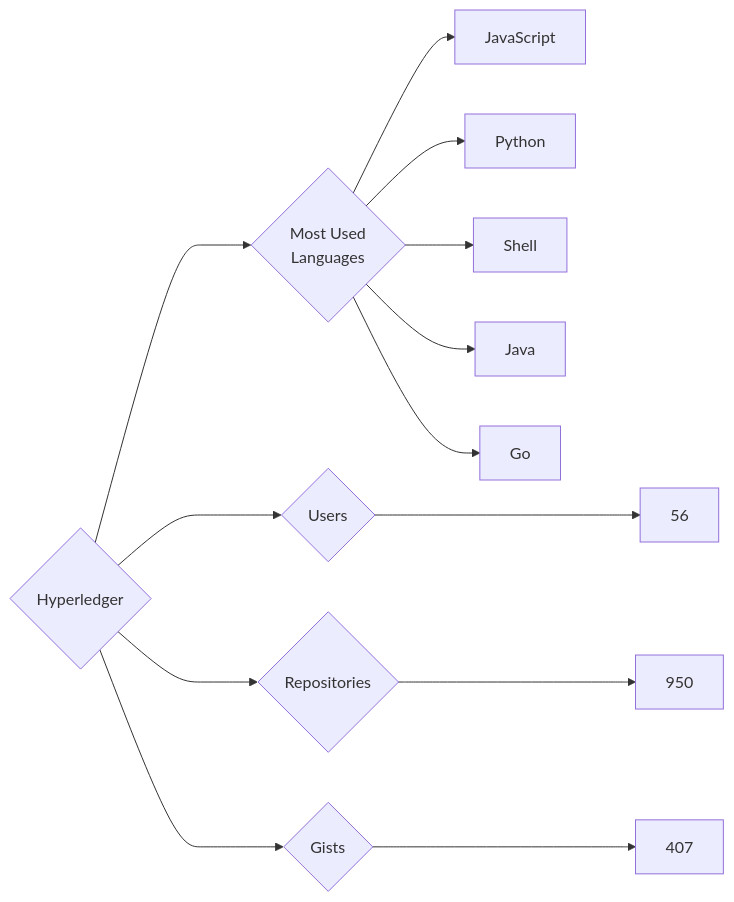
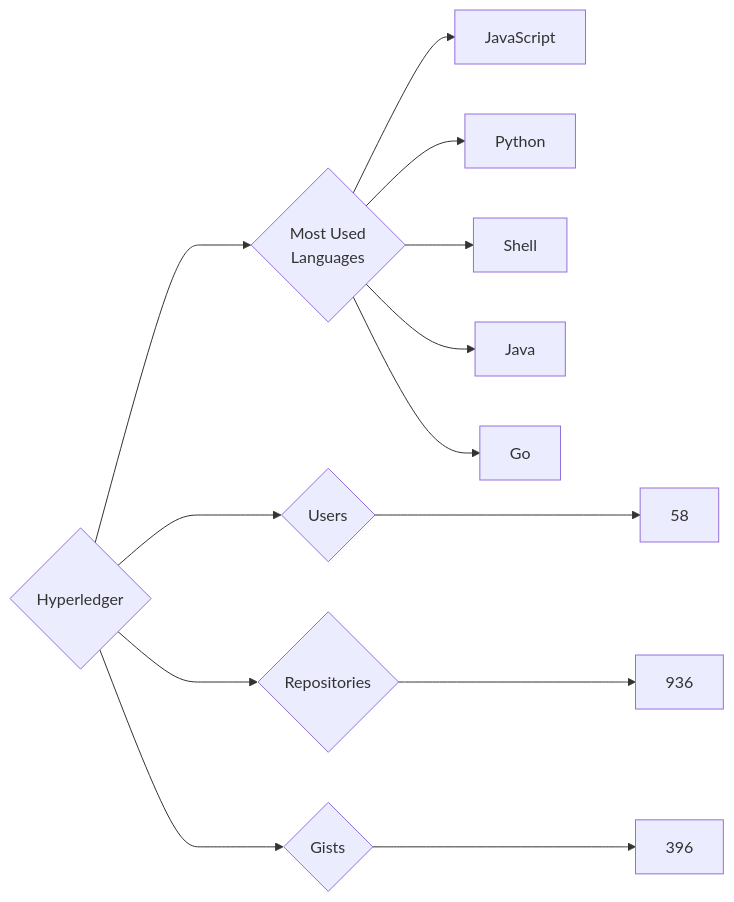
One commit to trickest/insiders changed the diagram in targets/Hyperledger/README.md. Above: the diagram before and after it, drawn with Mermaid. The commit also changed 965 other files, not shown here.

````diff
--- a/targets/Hyperledger/README.md
+++ b/targets/Hyperledger/README.md
@@ -3,13 +3,13 @@
 ```mermaid
 graph LR
 COMPANY_NAME{Hyperledger}
-COMPANY_NAME ---> U{Users} ---> UN[56]
-COMPANY_NAME ---> R{Repositories} ---> RN[950]
-COMPANY_NAME ---> G{Gists} ---> GN[407]
+COMPANY_NAME ---> U{Users} ---> UN[58]
+COMPANY_NAME ---> R{Repositories} ---> RN[936]
+COMPANY_NAME ---> G{Gists} ---> GN[396]
 COMPANY_NAME ---> ML{Most Used<br>Languages}
 ML --> JavaScript[JavaScript]
 ML --> Python[Python]
 ML --> Shell[Shell]
 ML --> Java[Java]
 ML --> Go[Go]
 ```
````
